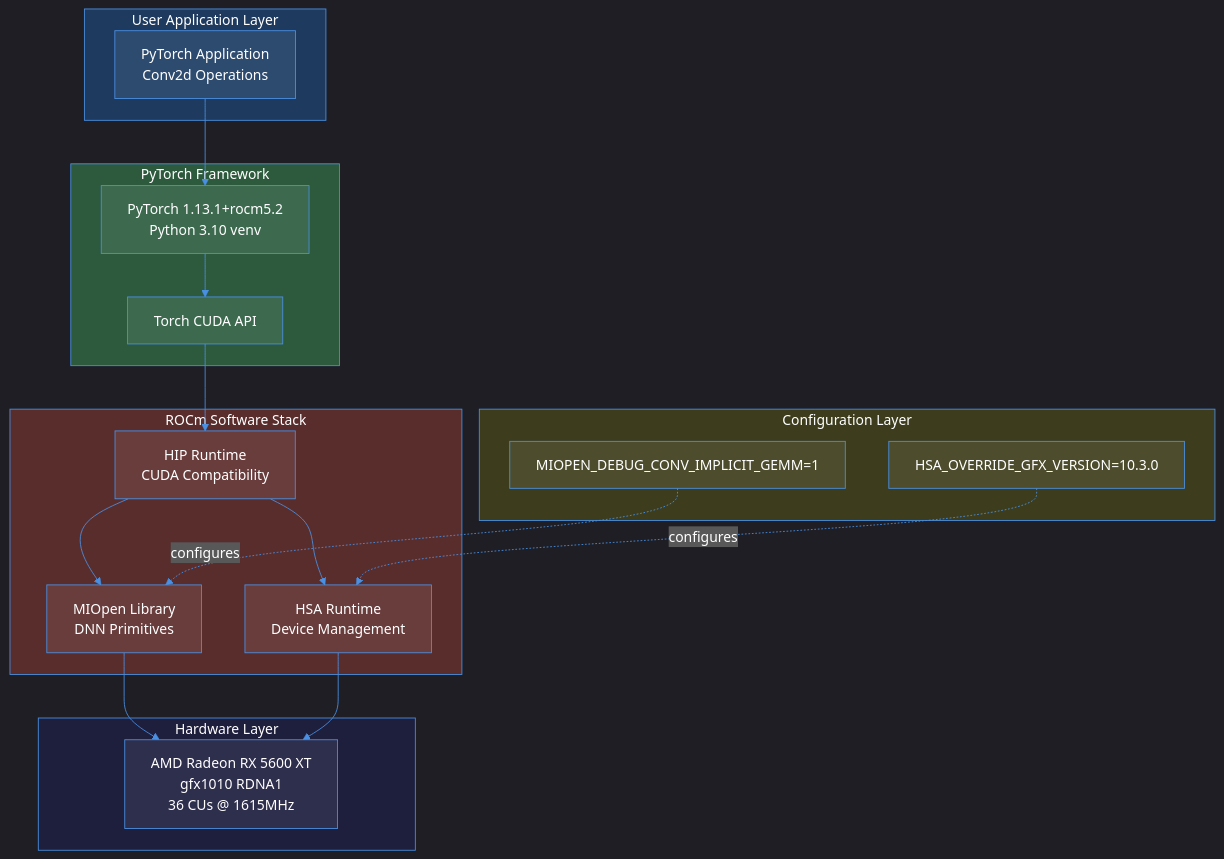
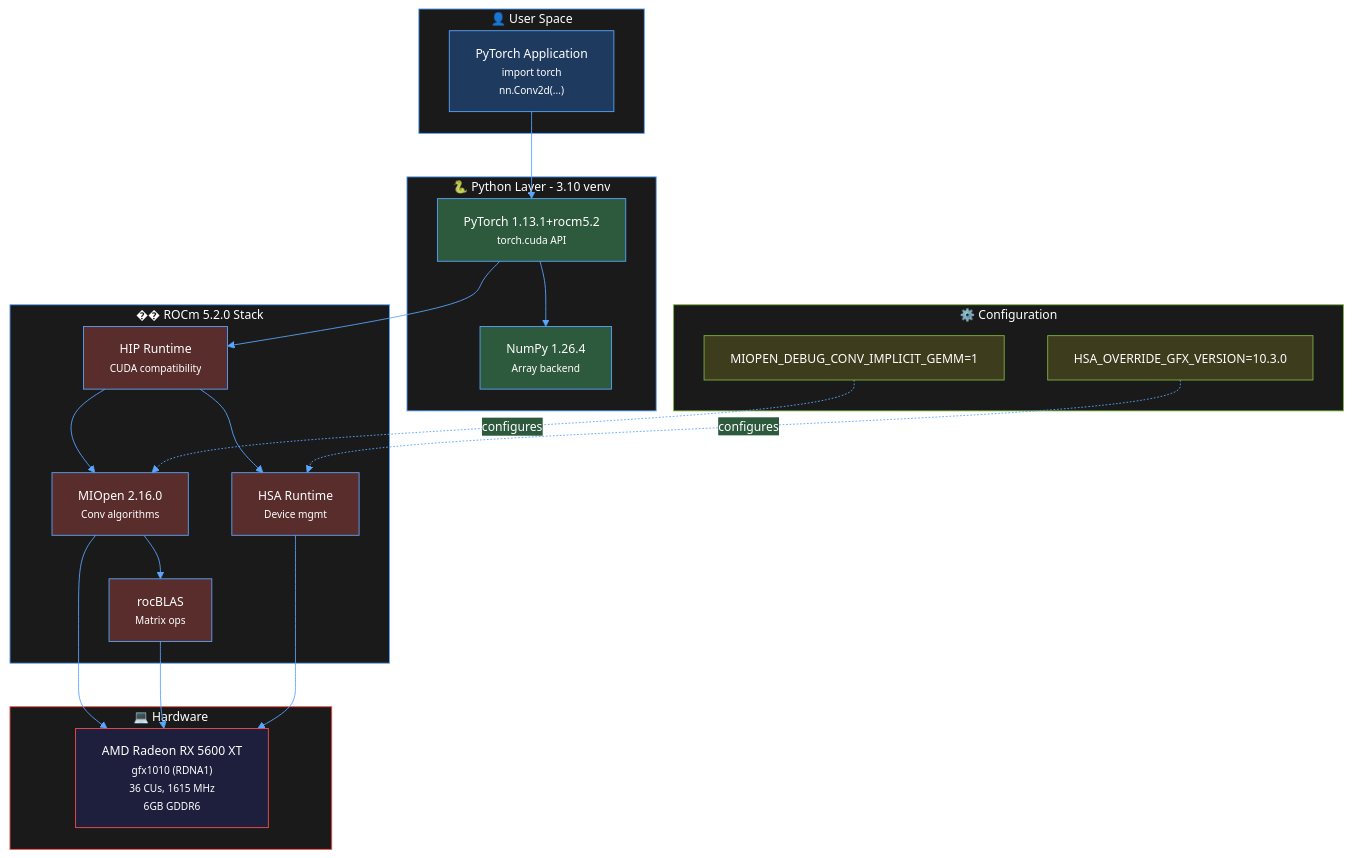
The second of 5 diagrams in README.md (hkevin01/rocm-patch), drawn with Mermaid before and after one commit. The commit also changed other lines of this file and 2 other files, not shown here.

````diff
--- a/README.md
+++ b/README.md
@@ -51,52 +258,56 @@
 ```mermaid
-%%{init: {'theme':'dark', 'themeVariables': { 'primaryColor':'#1e3a5f','primaryTextColor':'#fff','primaryBorderColor':'#4a90e2','lineColor':'#4a90e2','secondaryColor':'#2d5a3d','tertiaryColor':'#5a2d2d','background':'#1a1a1a','mainBkg':'#2d2d2d','secondBkg':'#3d3d3d','tertiaryBkg':'#4d4d4d','textColor':'#ffffff','fontSize':'16px'}}}%%
+%%{init: {'theme':'base', 'themeVariables': { 'primaryColor':'#1e3a5f','primaryTextColor':'#fff','primaryBorderColor':'#58a6ff','lineColor':'#58a6ff','secondaryColor':'#2d5a3d','tertiaryColor':'#5a2d2d','background':'#0d1117','mainBkg':'#161b22','secondBkg':'#1c2128','tertiaryBkg':'#262626','textColor':'#e6edf3','fontSize':'14px','nodeBorder':'#58a6ff','clusterBkg':'#0d1117','clusterBorder':'#30363d'}}}%%
 graph TB
-    subgraph User["User Application Layer"]
-        APP[PyTorch Application<br/>Conv2d Operations]
+    subgraph UserSpace["👤 User Space"]
+        APP["PyTorch Application<br/><small>import torch<br/>nn.Conv2d(...)</small>"]
     end
     
-    subgraph PyTorch["PyTorch Framework"]
-        PT[PyTorch 1.13.1+rocm5.2<br/>Python 3.10 venv]
-        TORCH_API[Torch CUDA API]
+    subgraph Python["🐍 Python Layer - 3.10 venv"]
+        TORCH["PyTorch 1.13.1+rocm5.2<br/><small>torch.cuda API</small>"]
+        NUMPY["NumPy 1.26.4<br/><small>Array backend</small>"]
     end
     
-    subgraph ROCm["ROCm Software Stack"]
-        HIP[HIP Runtime<br/>CUDA Compatibility]
-        MIOPEN[MIOpen Library<br/>DNN Primitives]
-        HSA[HSA Runtime<br/>Device Management]
+    subgraph ROCmStack["�� ROCm 5.2.0 Stack"]
+        HIP["HIP Runtime<br/><small>CUDA compatibility</small>"]
+        MIOPEN["MIOpen 2.16.0<br/><small>Conv algorithms</small>"]
+        ROCBLAS["rocBLAS<br/><small>Matrix ops</small>"]
+        HSA["HSA Runtime<br/><small>Device mgmt</small>"]
     end
     
-    subgraph Config["Configuration Layer"]
-        ENV1[MIOPEN_DEBUG_CONV_IMPLICIT_GEMM=1]
-        ENV2[HSA_OVERRIDE_GFX_VERSION=10.3.0]
+    subgraph Config["⚙️ Configuration"]
+        ENV1["MIOPEN_DEBUG_CONV_IMPLICIT_GEMM=1"]
+        ENV2["HSA_OVERRIDE_GFX_VERSION=10.3.0"]
     end
     
-    subgraph Hardware["Hardware Layer"]
-        GPU[AMD Radeon RX 5600 XT<br/>gfx1010 RDNA1<br/>36 CUs @ 1615MHz]
+    subgraph Hardware["💻 Hardware"]
+        GPU["AMD Radeon RX 5600 XT<br/><small>gfx1010 (RDNA1)<br/>36 CUs, 1615 MHz<br/>6GB GDDR6</small>"]
     end
     
-    APP --> PT
-    PT --> TORCH_API
-    TORCH_API --> HIP
+    APP --> TORCH
+    TORCH --> NUMPY
+    TORCH --> HIP
     HIP --> MIOPEN
     HIP --> HSA
+    MIOPEN --> ROCBLAS
     ENV1 -.configures.-> MIOPEN
     ENV2 -.configures.-> HSA
     MIOPEN --> GPU
+    ROCBLAS --> GPU
     HSA --> GPU
     
-    style User fill:#1e3a5f,stroke:#4a90e2,color:#fff
-    style PyTorch fill:#2d5a3d,stroke:#4a90e2,color:#fff
-    style ROCm fill:#5a2d2d,stroke:#4a90e2,color:#fff
-    style Config fill:#3d3d1e,stroke:#4a90e2,color:#fff
-    style Hardware fill:#1e1e3d,stroke:#4a90e2,color:#fff
-    style APP fill:#2d4a6f,stroke:#4a90e2,color:#fff
-    style PT fill:#3d6a4f,stroke:#4a90e2,color:#fff
-    style TORCH_API fill:#3d6a4f,stroke:#4a90e2,color:#fff
-    style HIP fill:#6a3d3d,stroke:#4a90e2,color:#fff
-    style MIOPEN fill:#6a3d3d,stroke:#4a90e2,color:#fff
-    style HSA fill:#6a3d3d,stroke:#4a90e2,color:#fff
-    style ENV1 fill:#4d4d2e,stroke:#4a90e2,color:#fff
-    style ENV2 fill:#4d4d2e,stroke:#4a90e2,color:#fff
-    style GPU fill:#2e2e4d,stroke:#4a90e2,color:#fff
+    style UserSpace fill:#1a1a1a,stroke:#58a6ff,color:#fff
+    style Python fill:#1a1a1a,stroke:#58a6ff,color:#fff
+    style ROCmStack fill:#1a1a1a,stroke:#58a6ff,color:#fff
+    style Config fill:#1a1a1a,stroke:#7cb342,color:#fff
+    style Hardware fill:#1a1a1a,stroke:#f85149,color:#fff
+    style APP fill:#1e3a5f,stroke:#58a6ff,color:#fff
+    style TORCH fill:#2d5a3d,stroke:#58a6ff,color:#fff
+    style NUMPY fill:#2d5a3d,stroke:#58a6ff,color:#fff
+    style HIP fill:#5a2d2d,stroke:#58a6ff,color:#fff
+    style MIOPEN fill:#5a2d2d,stroke:#58a6ff,color:#fff
+    style ROCBLAS fill:#5a2d2d,stroke:#58a6ff,color:#fff
+    style HSA fill:#5a2d2d,stroke:#58a6ff,color:#fff
+    style ENV1 fill:#3d3d1e,stroke:#7cb342,color:#fff
+    style ENV2 fill:#3d3d1e,stroke:#7cb342,color:#fff
+    style GPU fill:#1e1e3d,stroke:#f85149,color:#fff
 ```
````
